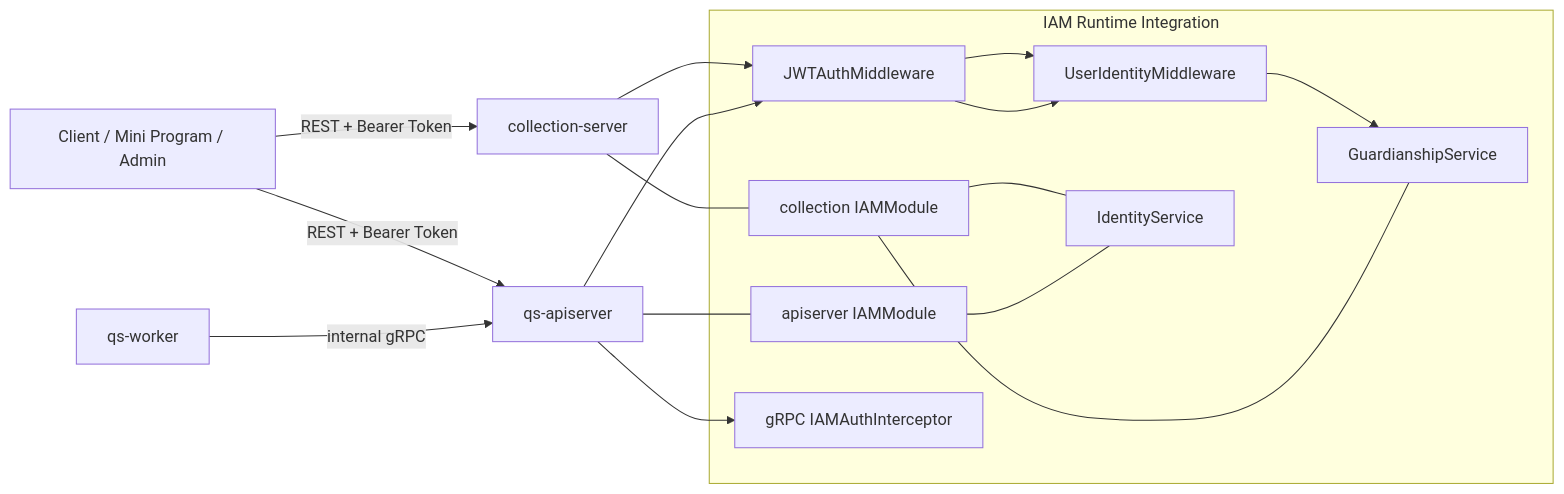
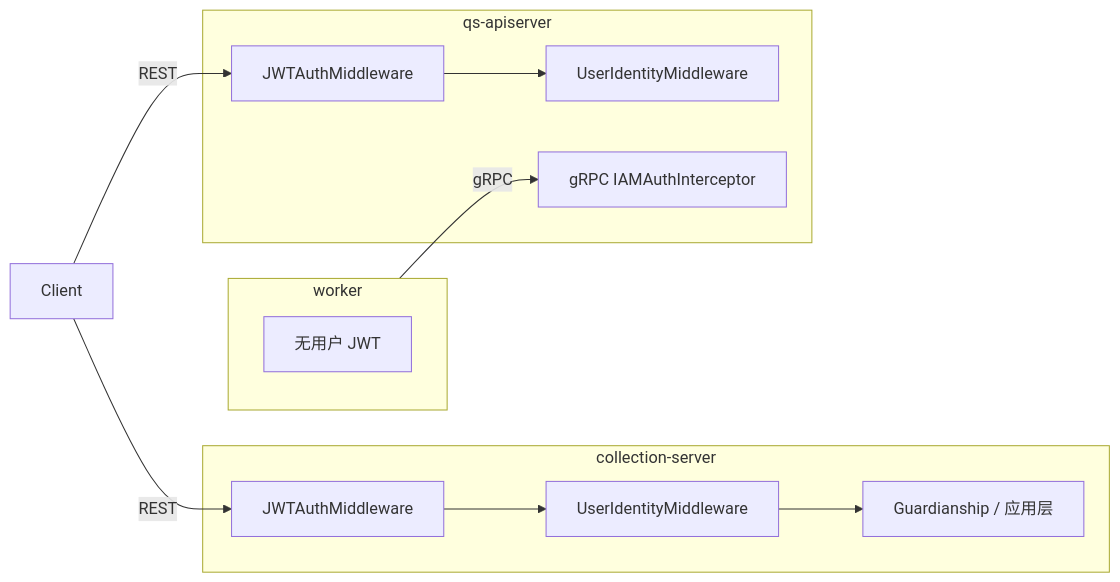
One commit to FangcunMount/qs-server changed the first of 4 diagrams in docs/01-运行时/05-IAM认证与身份链路.md. Above: the diagram before and after it, drawn with Mermaid. The commit also changed other lines of this file and 34 other files, not shown here.

````diff
--- a/docs/01-运行时/05-IAM认证与身份链路.md
+++ b/docs/01-运行时/05-IAM认证与身份链路.md
@@ -17,30 +20,24 @@
 ```mermaid
 flowchart LR
-    client[Client / Mini Program / Admin]
-    collection[collection-server]
-    api[qs-apiserver]
-    worker[qs-worker]
+    client[Client]
 
-    subgraph iamruntime[IAM Runtime Integration]
-        ciam[collection IAMModule]
-        apiiam[apiserver IAMModule]
-        jwt[JWTAuthMiddleware]
-        userctx[UserIdentityMiddleware]
-        guard[GuardianshipService]
-        grpcauth[gRPC IAMAuthInterceptor]
-        identity[IdentityService]
+    subgraph col[collection-server]
+        JWT1[JWTAuthMiddleware]
+        U1[UserIdentityMiddleware]
+        G[Guardianship / 应用层]
     end
 
-    client -->|REST + Bearer Token| collection
-    client -->|REST + Bearer Token| api
-    collection --> jwt --> userctx
-    api --> jwt --> userctx
-    userctx --> guard
-    api --> grpcauth
-    collection --- ciam
-    api --- apiiam
-    ciam --- guard
-    ciam --- identity
-    apiiam --- identity
-    worker -->|internal gRPC| api
+    subgraph api[qs-apiserver]
+        JWT2[JWTAuthMiddleware]
+        U2[UserIdentityMiddleware]
+        GIAM[gRPC IAMAuthInterceptor]
+    end
+
+    subgraph w[worker]
+        n[无用户 JWT]
+    end
+
+    client -->|REST| JWT1 --> U1 --> G
+    client -->|REST| JWT2 --> U2
+    w -->|gRPC| GIAM
 ```
````
